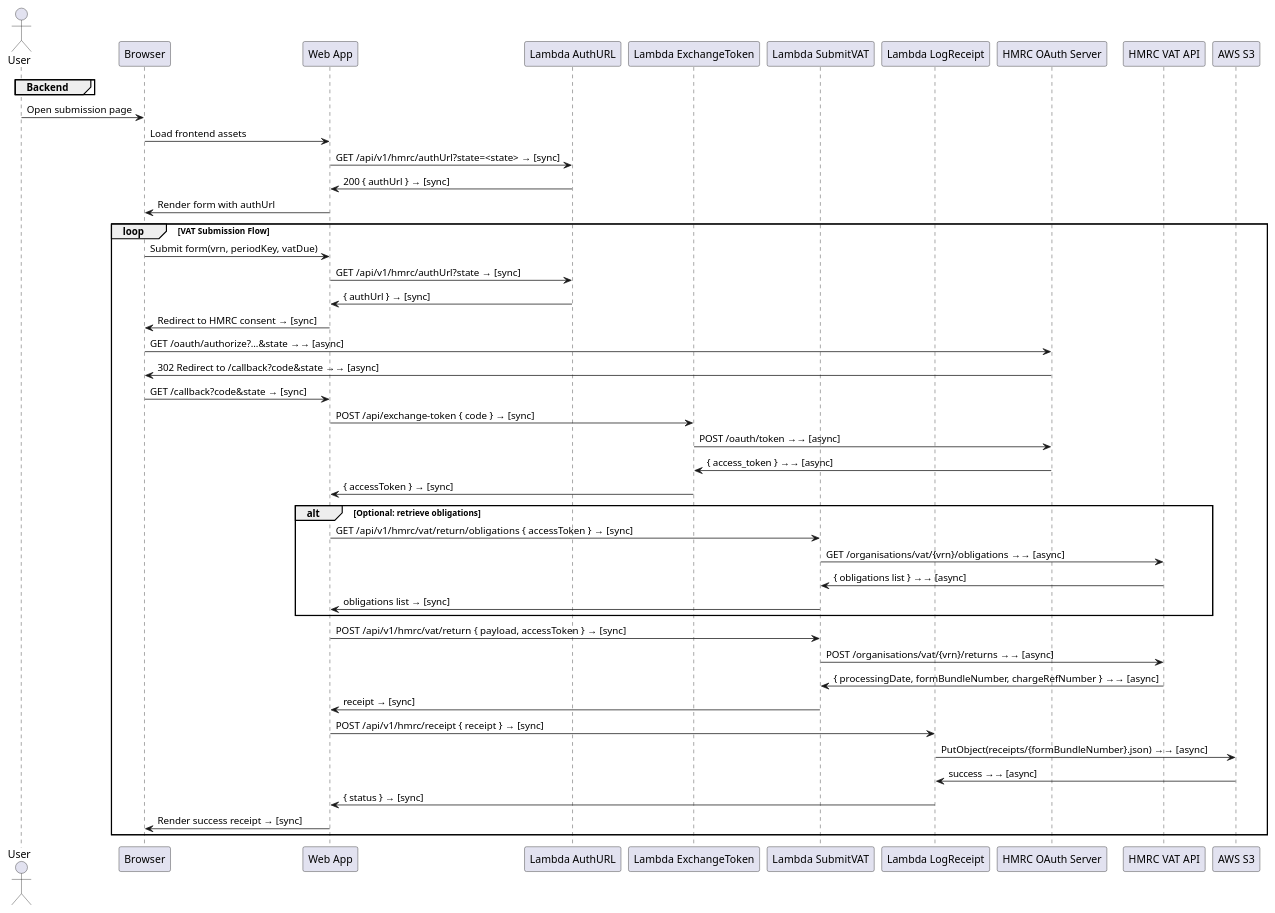
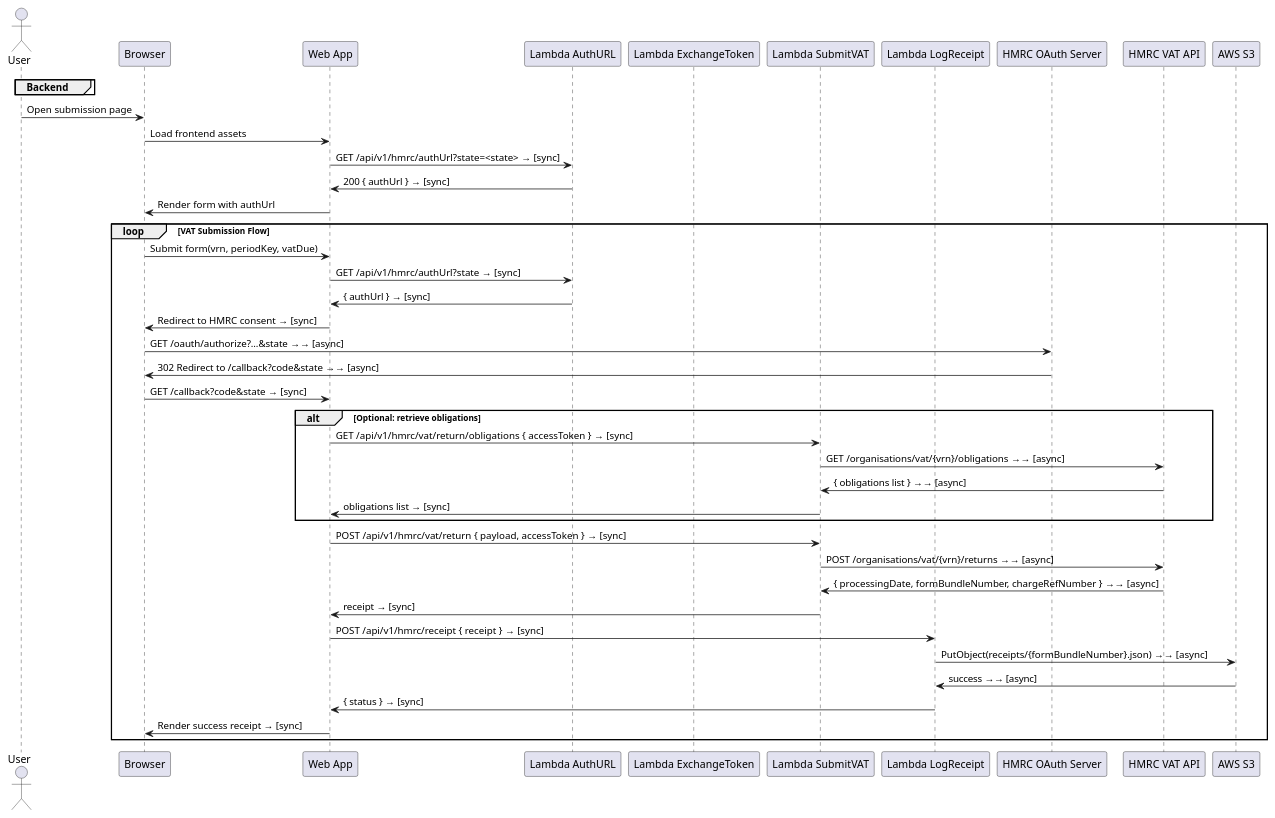
The diagram in _developers/SEQUENCE.plantuml (antonycc/submit.diyaccounting.co.uk), drawn with PlantUML before and after one commit. The commit also changed 43 other files, not shown here.

```diff
--- a/_developers/SEQUENCE.plantuml
+++ b/_developers/SEQUENCE.plantuml
@@ -1,54 +1,50 @@
 @startuml
 actor User
 participant Browser
 participant "Web App" as App
 group Backend
   participant "Lambda AuthURL" as AuthUrl
   participant "Lambda ExchangeToken" as ExchangeToken
   participant "Lambda SubmitVAT" as SubmitVat
   participant "Lambda LogReceipt" as LogReceipt
 end
 participant "HMRC OAuth Server" as HMRCAuth
 participant "HMRC VAT API" as HMRCApi
 participant "AWS S3" as S3
 
 User -> Browser: Open submission page
 Browser -> App: Load frontend assets
 App -> AuthUrl: GET /api/v1/hmrc/authUrl?state=<state> → [sync]
 AuthUrl -> App: 200 { authUrl } → [sync]
 App -> Browser: Render form with authUrl
 
 loop VAT Submission Flow
   Browser -> App: Submit form(vrn, periodKey, vatDue)
   App -> AuthUrl: GET /api/v1/hmrc/authUrl?state → [sync]
   AuthUrl -> App: { authUrl } → [sync]
   App -> Browser: Redirect to HMRC consent → [sync]
   Browser -> HMRCAuth: GET /oauth/authorize?...&state →→ [async]
   HMRCAuth -> Browser: 302 Redirect to /callback?code&state →→ [async]
   Browser -> App: GET /callback?code&state → [sync]
 
-  App -> ExchangeToken: POST /api/exchange-token { code } → [sync]
-  ExchangeToken -> HMRCAuth: POST /oauth/token →→ [async]
-  HMRCAuth -> ExchangeToken: { access_token } →→ [async]
-  ExchangeToken -> App: { accessToken } → [sync]
 
   alt Optional: retrieve obligations
     App -> SubmitVat: GET /api/v1/hmrc/vat/return/obligations { accessToken } → [sync]
     SubmitVat -> HMRCApi: GET /organisations/vat/{vrn}/obligations →→ [async]
     HMRCApi -> SubmitVat: { obligations list } →→ [async]
     SubmitVat -> App: obligations list → [sync]
   end
 
   App -> SubmitVat: POST /api/v1/hmrc/vat/return { payload, accessToken } → [sync]
   SubmitVat -> HMRCApi: POST /organisations/vat/{vrn}/returns →→ [async]
   HMRCApi -> SubmitVat: { processingDate, formBundleNumber, chargeRefNumber } →→ [async]
   SubmitVat -> App: receipt → [sync]
 
   App -> LogReceipt: POST /api/v1/hmrc/receipt { receipt } → [sync]
   LogReceipt -> S3: PutObject(receipts/{formBundleNumber}.json) →→ [async]
   S3 -> LogReceipt: success →→ [async]
   LogReceipt -> App: { status } → [sync]
 
   App -> Browser: Render success receipt → [sync]
 end
 @enduml
```
